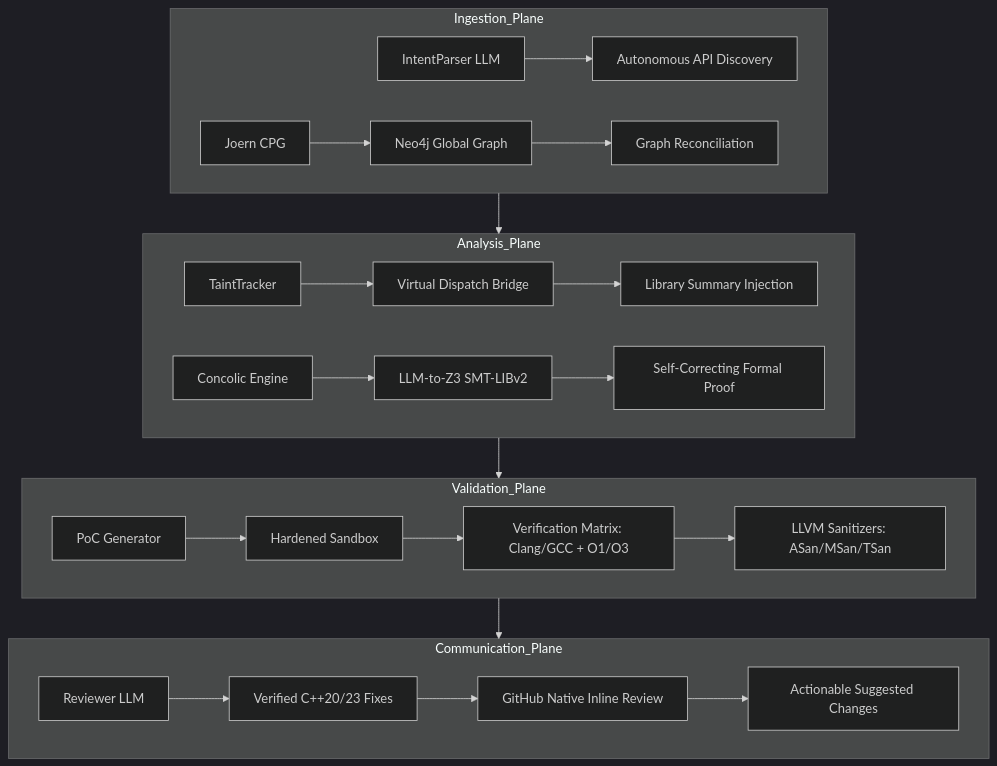
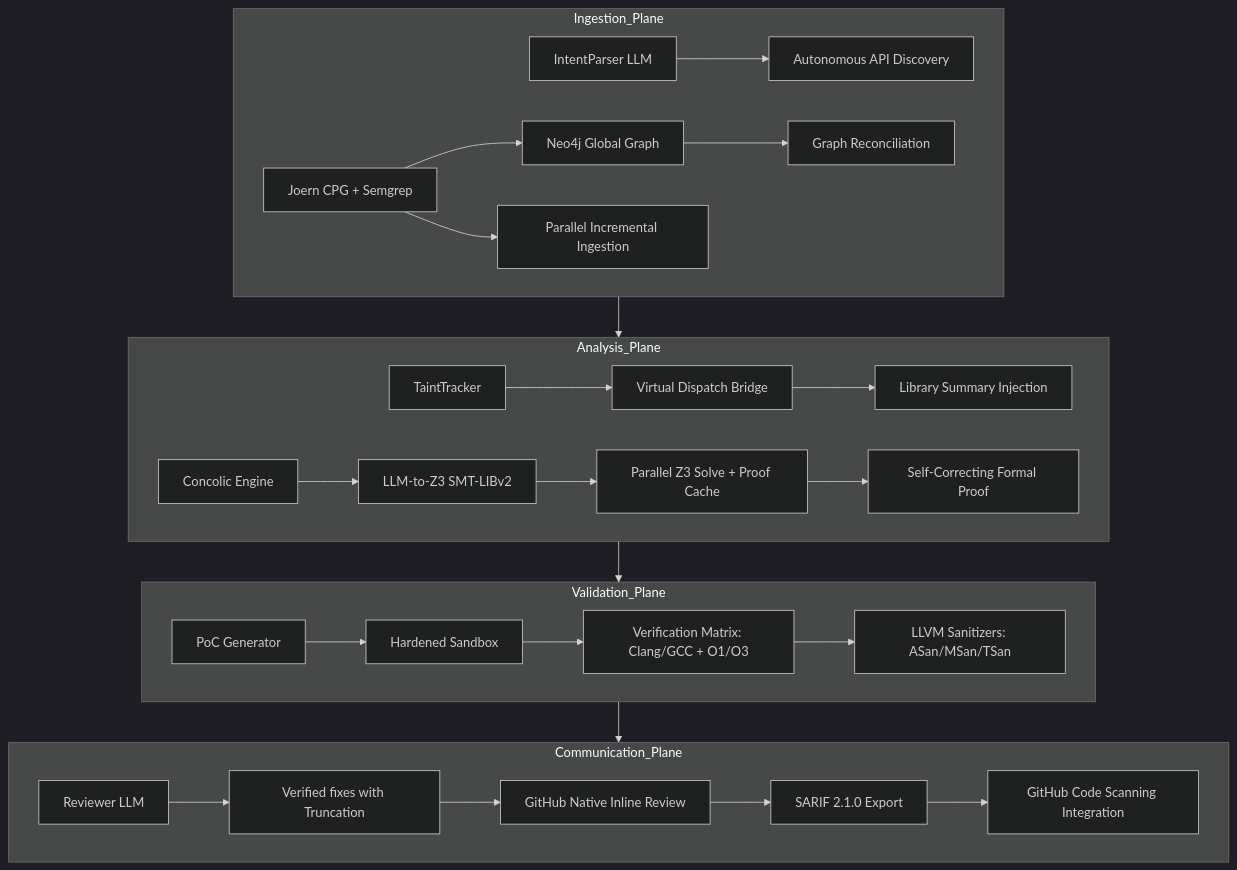
Before and after one commit to Nishanthtamil/Vigilant-X: the diagram in README.md, drawn with Mermaid (dark theme). The commit also changed other lines of this file and 12 other files, not shown here.

````diff
--- a/README.md
+++ b/README.md
@@ -11,31 +11,34 @@
 ```mermaid
 graph TD
     subgraph Ingestion_Plane
-        A[Joern CPG] --> B[Neo4j Global Graph]
+        A[Joern CPG + Semgrep] --> B[Neo4j Global Graph]
         C[IntentParser LLM] --> D[Autonomous API Discovery]
         B --> E[Graph Reconciliation]
+        A --> F[Parallel Incremental Ingestion]
     end
 
     subgraph Analysis_Plane
-        F[TaintTracker] --> G[Virtual Dispatch Bridge]
-        G --> H[Library Summary Injection]
-        I[Concolic Engine] --> J[LLM-to-Z3 SMT-LIBv2]
-        J --> K[Self-Correcting Formal Proof]
+        G[TaintTracker] --> H[Virtual Dispatch Bridge]
+        H --> I[Library Summary Injection]
+        J[Concolic Engine] --> K[LLM-to-Z3 SMT-LIBv2]
+        K --> L[Parallel Z3 Solve + Proof Cache]
+        L --> M[Self-Correcting Formal Proof]
     end
 
     subgraph Validation_Plane
-        L[PoC Generator] --> M[Hardened Sandbox]
-        M --> N[Verification Matrix: Clang/GCC + O1/O3]
-        N --> O[LLVM Sanitizers: ASan/MSan/TSan]
+        N[PoC Generator] --> O[Hardened Sandbox]
+        O --> P[Verification Matrix: Clang/GCC + O1/O3]
+        P --> Q[LLVM Sanitizers: ASan/MSan/TSan]
     end
 
     subgraph Communication_Plane
-        P[Reviewer LLM] --> Q[Verified C++20/23 Fixes]
-        Q --> R[GitHub Native Inline Review]
-        R --> S[Actionable Suggested Changes]
+        R[Reviewer LLM] --> S[Verified fixes with Truncation]
+        S --> T[GitHub Native Inline Review]
+        T --> U[SARIF 2.1.0 Export]
+        U --> V[GitHub Code Scanning Integration]
     end
 
     Ingestion_Plane --> Analysis_Plane
     Analysis_Plane --> Validation_Plane
     Validation_Plane --> Communication_Plane
 ```
````
